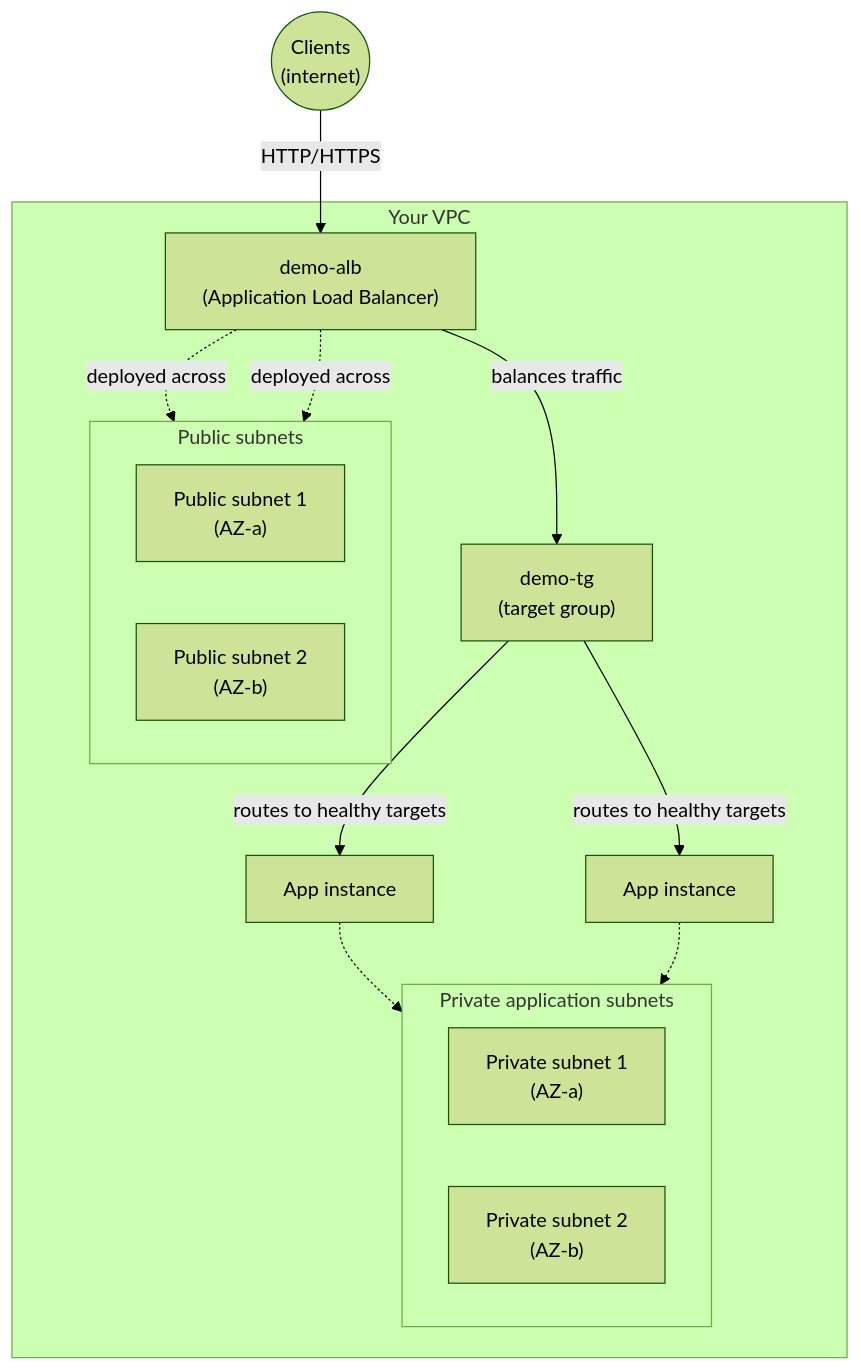
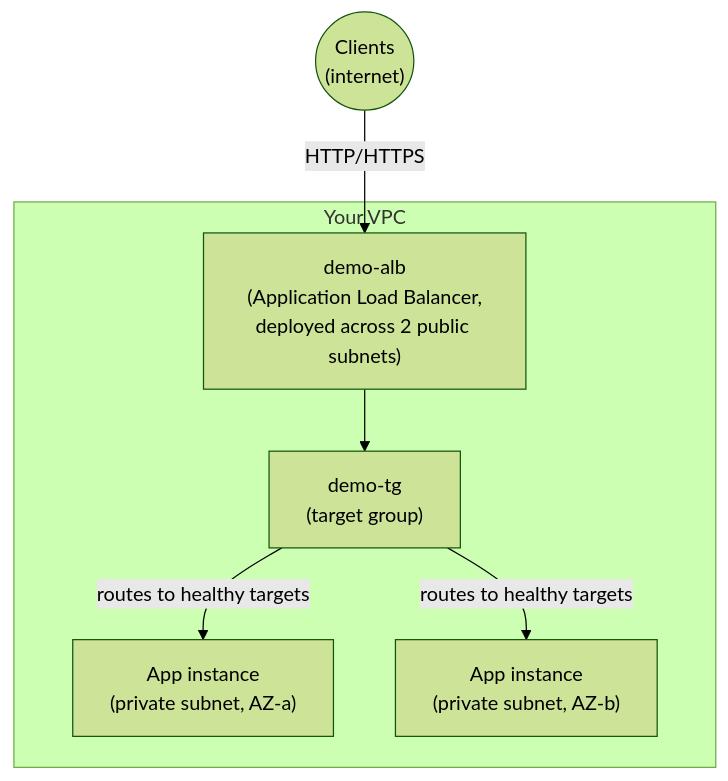
Before and after one commit to msdeepak052/AWS_Imp_Concepts: the diagram in EC2/LoadBalancer/01-Introduction-to-Load-Balancing.md, drawn with Mermaid (forest theme). The commit also changed 11 other files, not shown here.

Commit message:
Mermaid Diagram fixed

````diff
--- a/EC2/LoadBalancer/01-Introduction-to-Load-Balancing.md
+++ b/EC2/LoadBalancer/01-Introduction-to-Load-Balancing.md
@@ -70,28 +70,10 @@
 ```mermaid
 flowchart TD
-    CLIENTS(("Clients<br/>(internet)"))
-    CLIENTS -->|"HTTP/HTTPS"| ALB["demo-alb<br/>(Application Load Balancer)"]
+    CLIENTS(("Clients<br/>(internet)")) -->|"HTTP/HTTPS"| ALB["demo-alb<br/>(Application Load Balancer,<br/>deployed across 2 public subnets)"]
 
     subgraph VPC["Your VPC"]
-        subgraph PUB["Public subnets"]
-            direction LR
-            PUB1["Public subnet 1<br/>(AZ-a)"]
-            PUB2["Public subnet 2<br/>(AZ-b)"]
-        end
-        ALB -.->|"deployed across"| PUB1
-        ALB -.->|"deployed across"| PUB2
-
-        ALB -->|"balances traffic"| TG["demo-tg<br/>(target group)"]
-
-        subgraph PRIV["Private application subnets"]
-            direction LR
-            PRIV1["Private subnet 1<br/>(AZ-a)"]
-            PRIV2["Private subnet 2<br/>(AZ-b)"]
-        end
-
-        TG -->|"routes to healthy targets"| I1["App instance"]
-        TG -->|"routes to healthy targets"| I2["App instance"]
-        I1 -.-> PRIV1
-        I2 -.-> PRIV2
+        ALB --> TG["demo-tg<br/>(target group)"]
+        TG -->|"routes to healthy targets"| I1["App instance<br/>(private subnet, AZ-a)"]
+        TG -->|"routes to healthy targets"| I2["App instance<br/>(private subnet, AZ-b)"]
     end
 ```
````
